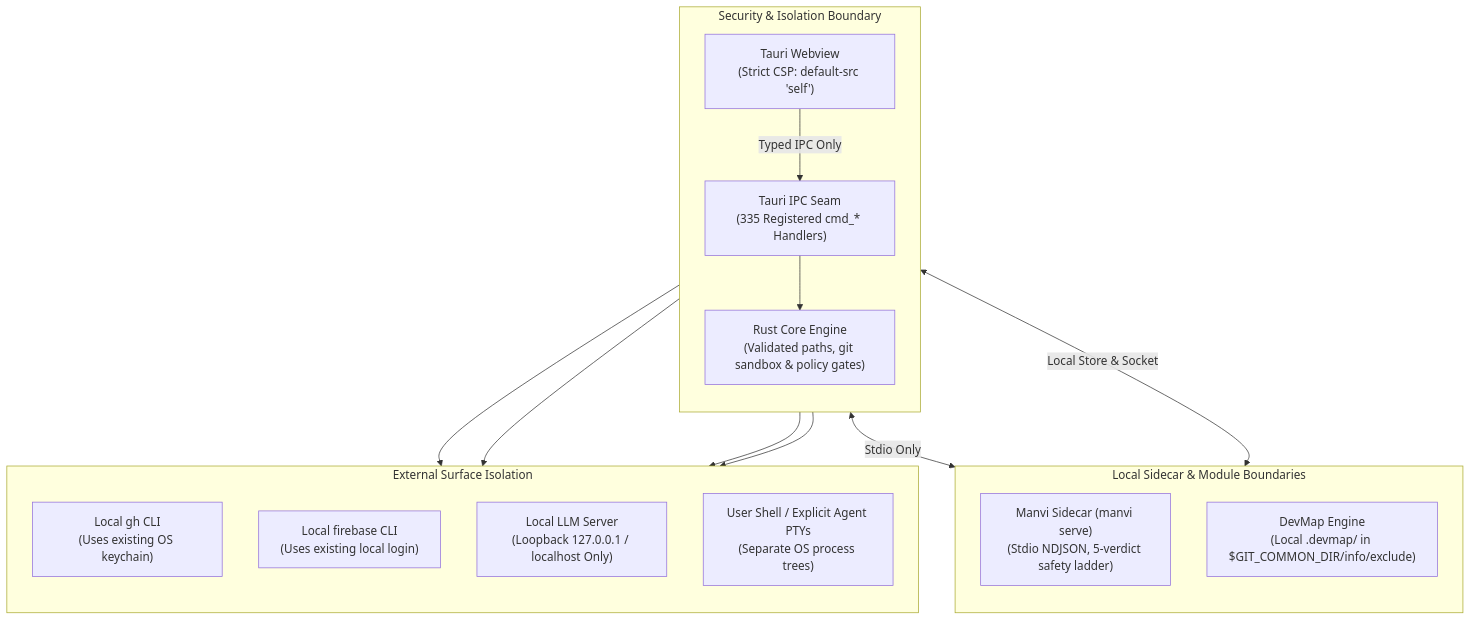
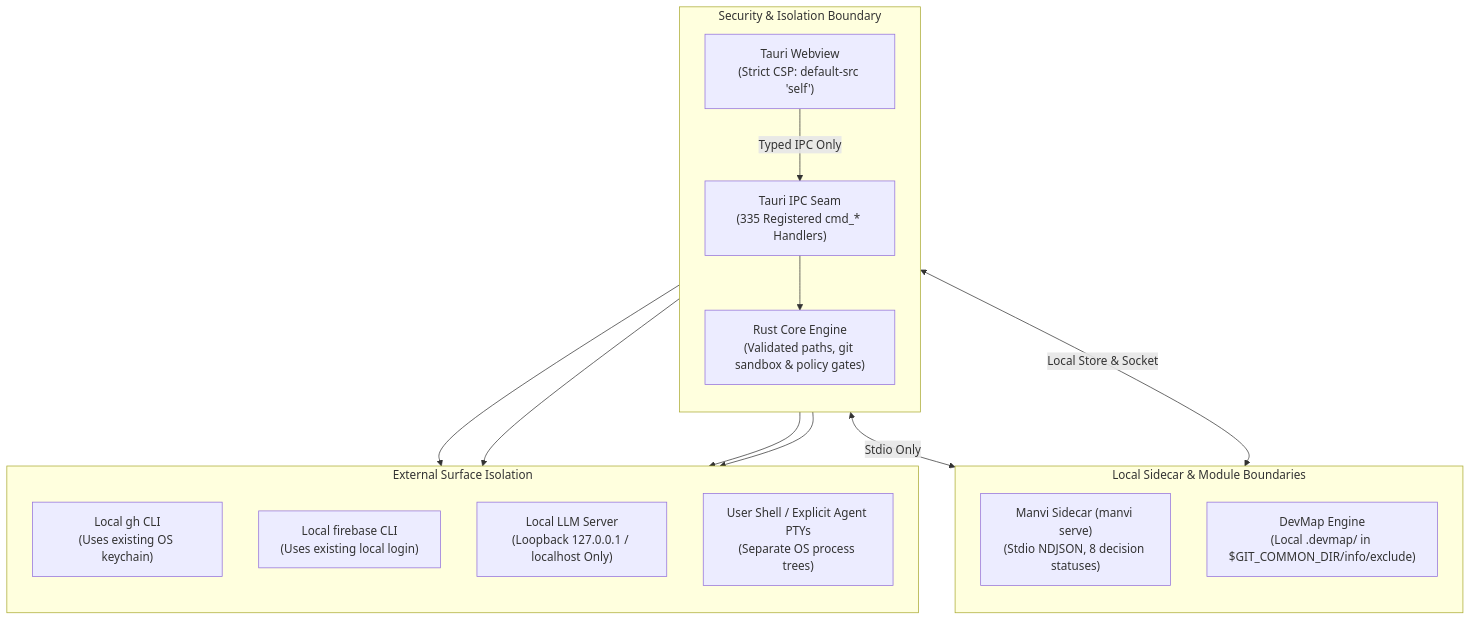
One commit to bharathvbcr/GitPulse changed the diagram in docs/SECURITY.md. Above: the diagram before and after it, drawn with Mermaid. The commit also changed 17 other files, not shown here.

````diff
--- a/docs/SECURITY.md
+++ b/docs/SECURITY.md
@@ -12,33 +12,33 @@
 ```mermaid
 flowchart TD
     subgraph Boundary["Security & Isolation Boundary"]
         direction TB
         Webview["Tauri Webview<br/>(Strict CSP: default-src 'self')"]
         IPCBoundary["Tauri IPC Seam<br/>(335 Registered cmd_* Handlers)"]
         LocalEngine["Rust Core Engine<br/>(Validated paths, git sandbox & policy gates)"]
         
         Webview -->|Typed IPC Only| IPCBoundary
         IPCBoundary --> LocalEngine
     end
 
     subgraph SidecarIsolation["Local Sidecar & Module Boundaries"]
         direction TB
-        ManviSidecar["Manvi Sidecar (manvi serve)<br/>(Stdio NDJSON, 5-verdict safety ladder)"]
+        ManviSidecar["Manvi Sidecar (manvi serve)<br/>(Stdio NDJSON, 8 decision statuses)"]
         DevMapGate["DevMap Engine<br/>(Local .devmap/ in $GIT_COMMON_DIR/info/exclude)"]
     end
 
     subgraph ExternalSurfaces["External Surface Isolation"]
         direction TB
         LocalGH["Local gh CLI<br/>(Uses existing OS keychain)"]
         LocalFB["Local firebase CLI<br/>(Uses existing local login)"]
         LocalAI["Local LLM Server<br/>(Loopback 127.0.0.1 / localhost Only)"]
         PTY["User Shell / Explicit Agent PTYs<br/>(Separate OS process trees)"]
     end
 
     LocalEngine <-->|Stdio Only| ManviSidecar
     LocalEngine <-->|Local Store & Socket| DevMapGate
     LocalEngine --> LocalGH
     LocalEngine --> LocalFB
     LocalEngine --> LocalAI
     LocalEngine --> PTY
 ```
````
